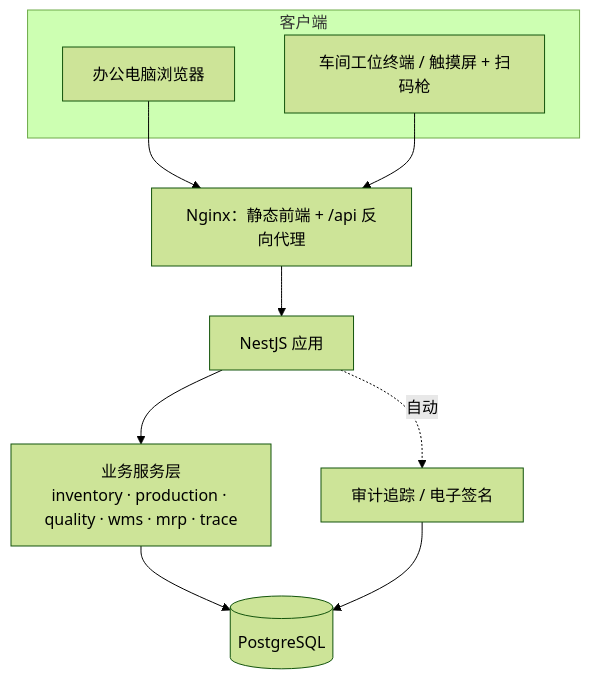
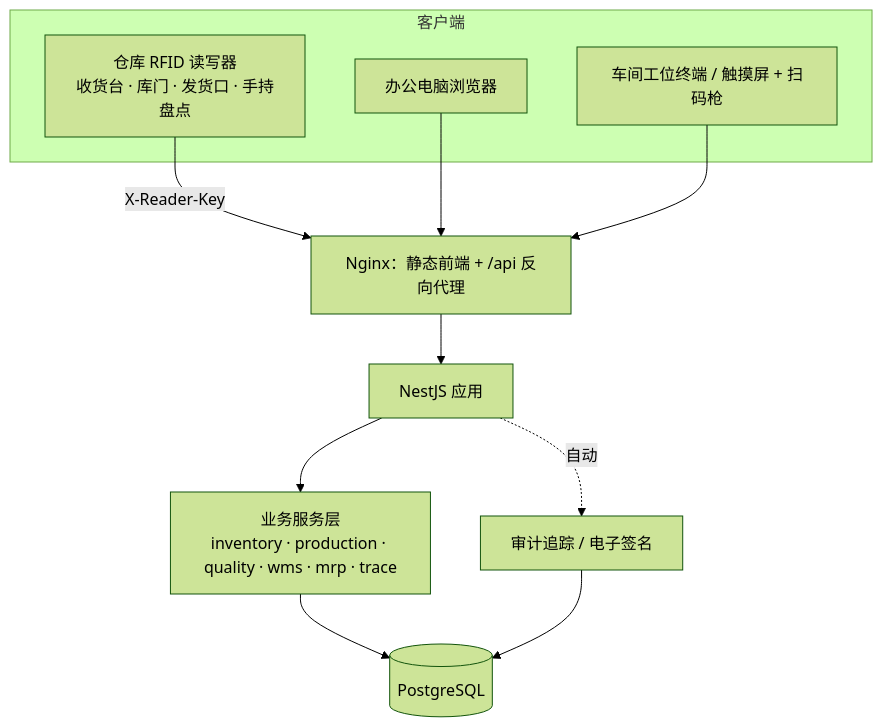
Before and after one commit to qq591053991/Nuon-system: the diagram in docs/architecture.md, drawn with Mermaid (forest theme). The commit also changed other lines of this file and 55 other files, not shown here.

````diff
--- a/docs/architecture.md
+++ b/docs/architecture.md
@@ -5,13 +5,15 @@
 ```mermaid
 flowchart TB
   subgraph 客户端
     PC[办公电脑浏览器]
     ST[车间工位终端 / 触摸屏 + 扫码枪]
+    RF[仓库 RFID 读写器<br/>收货台 · 库门 · 发货口 · 手持盘点]
   end
+  RF -- X-Reader-Key --> NG
   PC & ST --> NG[Nginx：静态前端 + /api 反向代理]
   NG --> API[NestJS 应用]
   API --> SVC[业务服务层<br/>inventory · production · quality · wms · mrp · trace]
   SVC --> DB[(PostgreSQL)]
   API -. 自动 .-> AUD[审计追踪 / 电子签名]
   AUD --> DB
 ```
````
